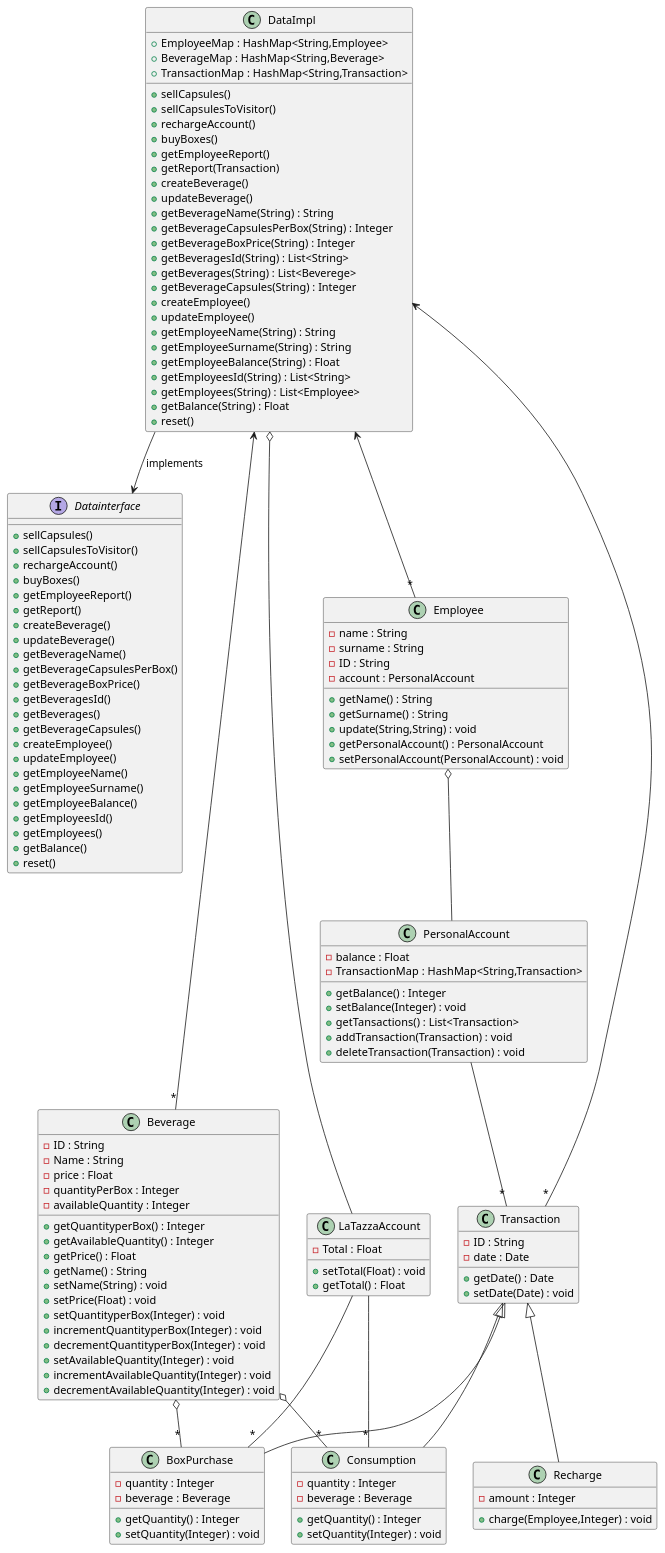
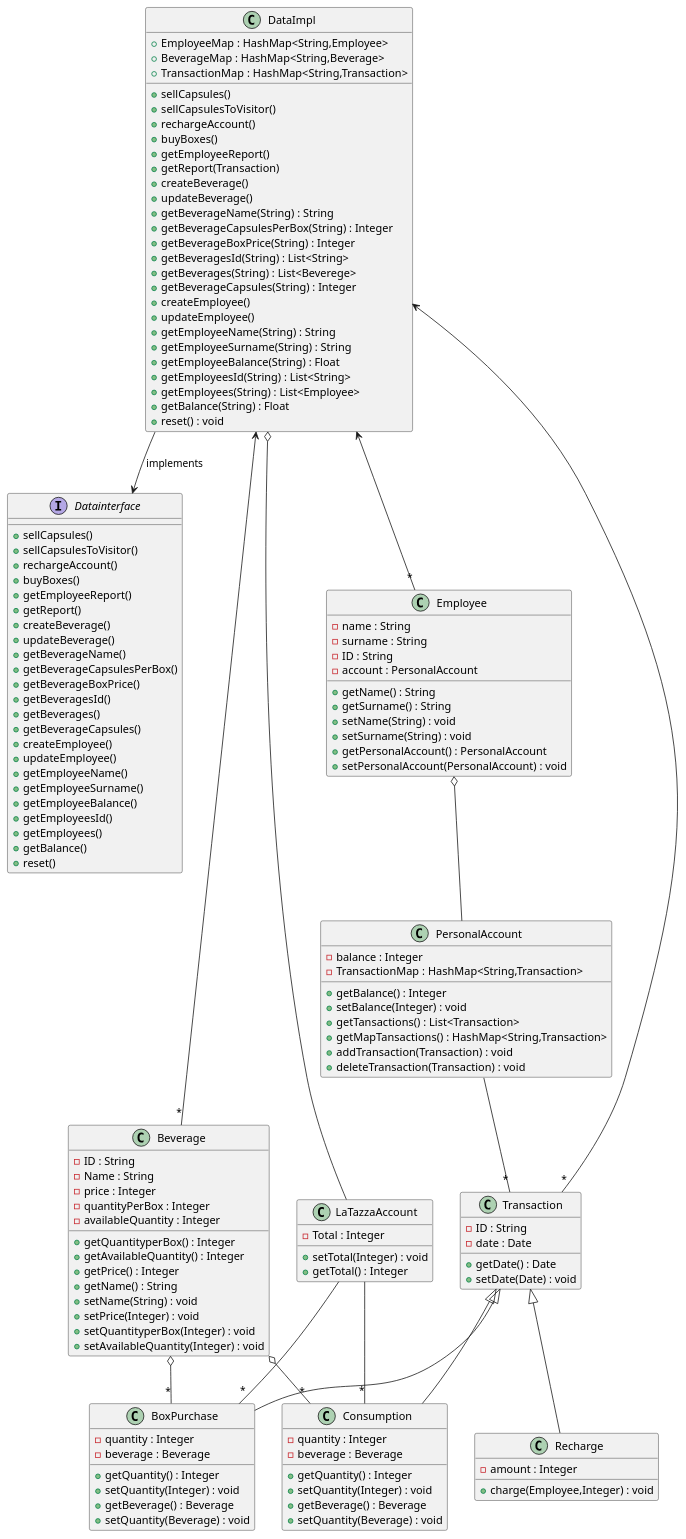
One commit to salvatore-dimartino/LaTazza changed the third of 7 diagrams in templates/DesignDocumentTemplate.md. Above: the diagram before and after it, drawn with PlantUML.

```diff
--- a/templates/DesignDocumentTemplate.md
+++ b/templates/DesignDocumentTemplate.md
@@ -129,27 +129,28 @@
     +getEmployeesId(String) : List<String>
     +getEmployees(String) : List<Employee>
     +getBalance(String) : Float
-    +reset() 
+    +reset() : void
 }
 
 DataImpl --> Datainterface: implements
 
 class PersonalAccount {
-    -balance : Float
+    -balance : Integer
     -TransactionMap : HashMap<String,Transaction>
     
     +getBalance() : Integer
     +setBalance(Integer) : void
     +getTansactions() : List<Transaction>
+    +getMapTansactions() : HashMap<String,Transaction>
     +addTransaction(Transaction) : void
     +deleteTransaction(Transaction) : void
 }
 
 class LaTazzaAccount {
-    -Total : Float
+    -Total : Integer
     
-    +setTotal(Float) : void
-    +getTotal() : Float
+    +setTotal(Integer) : void
+    +getTotal() : Integer
 }
 
 class Employee {
@@ -160,7 +161,8 @@
     
     +getName() : String
     +getSurname() : String
-    +update(String,String) : void
+    +setName(String) : void
+    +setSurname(String) : void
     +getPersonalAccount() : PersonalAccount
     +setPersonalAccount(PersonalAccount) : void
 }
@@ -168,22 +170,18 @@
 class Beverage {
     -ID : String
     -Name : String
-    -price : Float
+    -price : Integer
     -quantityPerBox : Integer
     -availableQuantity : Integer
     
     +getQuantityperBox() : Integer
     +getAvailableQuantity() : Integer
-    +getPrice() : Float
+    +getPrice() : Integer
     +getName() : String
     +setName(String) : void
-    +setPrice(Float) : void
+    +setPrice(Integer) : void
     +setQuantityperBox(Integer) : void
-    +incrementQuantityperBox(Integer) : void
-    +decrementQuantityperBox(Integer) : void
     +setAvailableQuantity(Integer) : void
-    +incrementAvailableQuantity(Integer) : void
-    +decrementAvailableQuantity(Integer) : void
 }
 
 class BoxPurchase {
@@ -192,6 +190,8 @@
     
     +getQuantity() : Integer
     +setQuantity(Integer) : void
+    +getBeverage() : Beverage
+    +setQuantity(Beverage) : void
 }
 
 class Transaction {
@@ -226,12 +226,15 @@
 
     +charge(Employee,Integer) : void
 }
+
 class Consumption {
     -quantity : Integer
     -beverage : Beverage
     
     +getQuantity() : Integer
     +setQuantity(Integer) : void
+    +getBeverage() : Beverage
+    +setQuantity(Beverage) : void
 }
 
 
```
